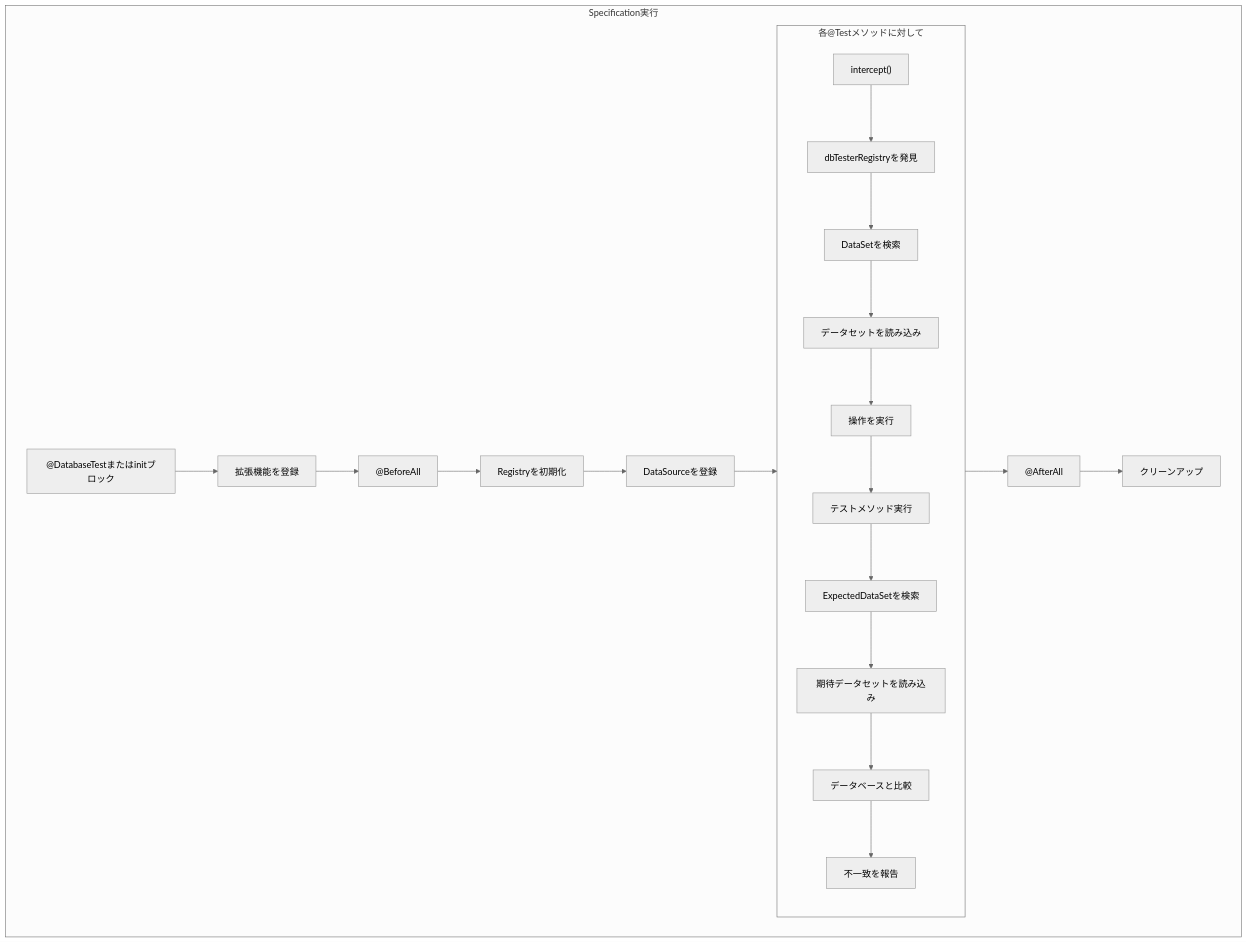
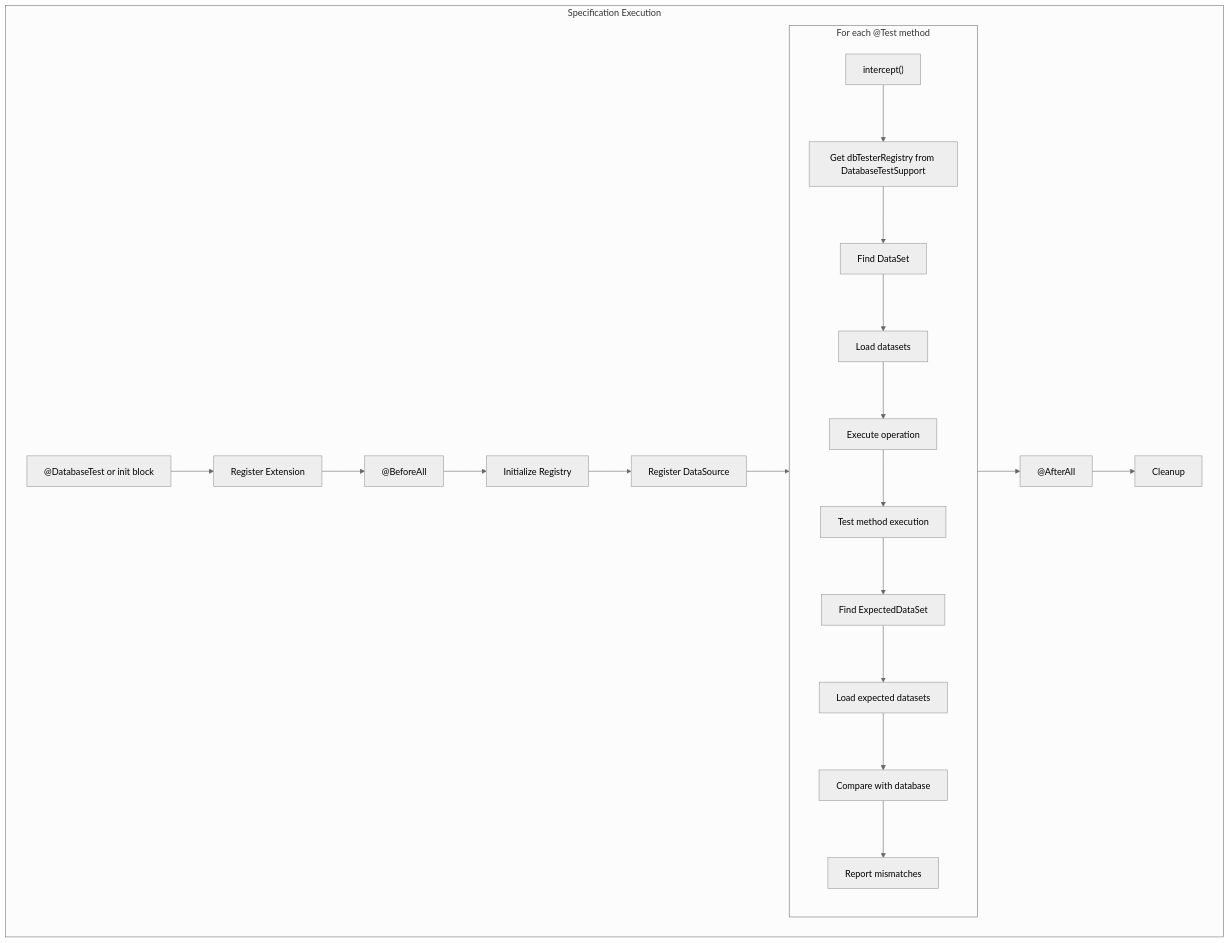
The third of 3 diagrams in docs/specs/ja/lifecycle.md (seijikohara/db-tester), drawn with Mermaid (neutral theme) before and after one commit. The commit also changed other lines of this file and 141 other files, not shown here.

````diff
--- a/docs/specs/ja/lifecycle.md
+++ b/docs/specs/ja/lifecycle.md
@@ -62,29 +62,29 @@
 ```mermaid
 flowchart TD
-    subgraph Specification実行
-        ANN["@DatabaseTestまたはinitブロック"]
-        ANN --> ANN1[拡張機能を登録]
+    subgraph Specification Execution
+        ANN["@DatabaseTest or init block"]
+        ANN --> ANN1[Register Extension]
 
         BA["@BeforeAll"]
-        BA --> BA1[Registryを初期化]
-        BA1 --> BA2[DataSourceを登録]
+        BA --> BA1[Initialize Registry]
+        BA1 --> BA2[Register DataSource]
 
-        subgraph each["各@Testメソッドに対して"]
+        subgraph each["For each @Test method"]
             INT["intercept()"]
-            INT --> INT1["dbTesterRegistryを発見"]
-            INT1 --> INT2["DataSetを検索"]
-            INT2 --> INT3[データセットを読み込み]
-            INT3 --> INT4[操作を実行]
-            INT4 --> TM[テストメソッド実行]
-            TM --> INT5["ExpectedDataSetを検索"]
-            INT5 --> INT6[期待データセットを読み込み]
-            INT6 --> INT7[データベースと比較]
-            INT7 --> INT8[不一致を報告]
+            INT --> INT1["Get dbTesterRegistry from DatabaseTestSupport"]
+            INT1 --> INT2["Find DataSet"]
+            INT2 --> INT3[Load datasets]
+            INT3 --> INT4[Execute operation]
+            INT4 --> TM[Test method execution]
+            TM --> INT5["Find ExpectedDataSet"]
+            INT5 --> INT6[Load expected datasets]
+            INT6 --> INT7[Compare with database]
+            INT7 --> INT8[Report mismatches]
         end
 
         ANN1 --> BA
         BA2 --> each
         each --> AA["@AfterAll"]
-        AA --> AA1[クリーンアップ]
+        AA --> AA1[Cleanup]
     end
 ```
````
